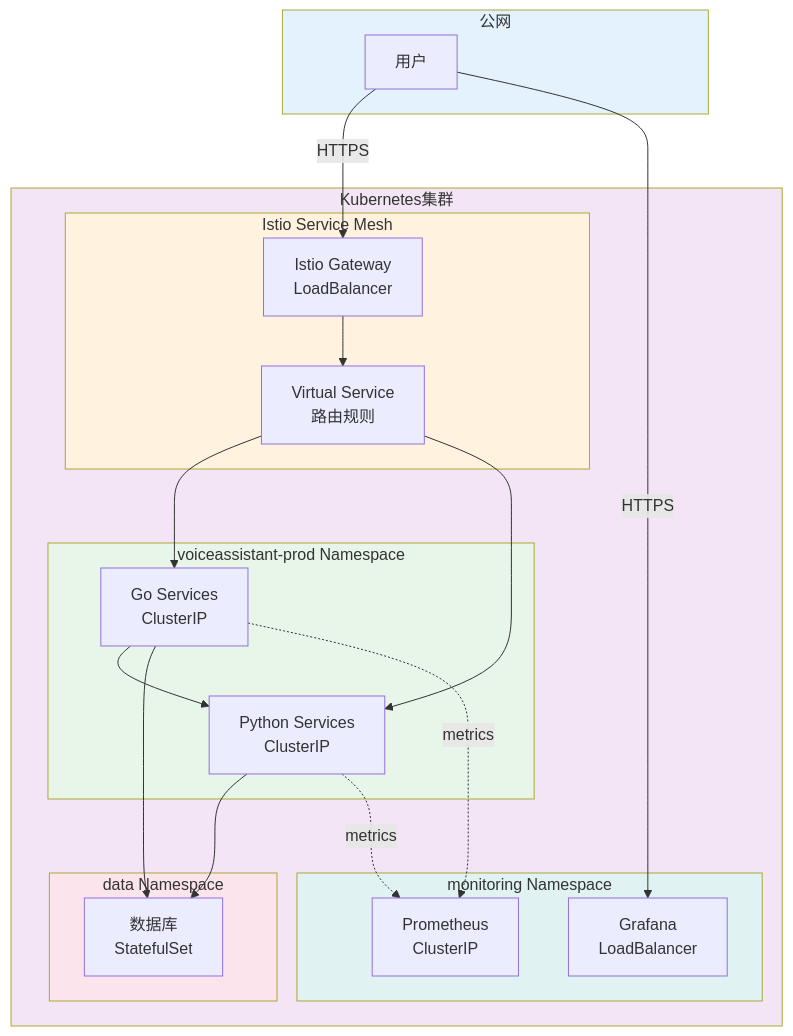
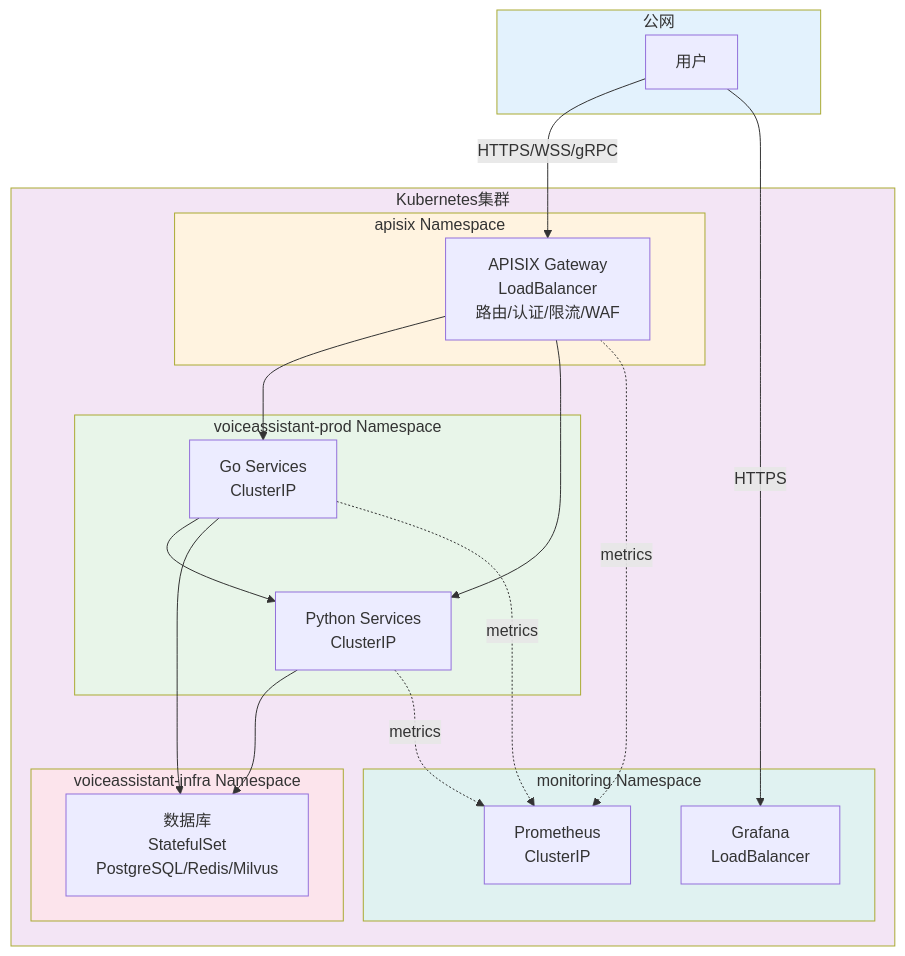
Before and after one commit to haoyunlt/VoiceAssistant: the fifth of 5 diagrams in docs/VoiceAssistant-00-总览.md, drawn with Mermaid. The commit also changed other lines of this file and 161 other files, not shown here.

````diff
--- a/docs/VoiceAssistant-00-总览.md
+++ b/docs/VoiceAssistant-00-总览.md
@@ -992,45 +1062,44 @@
 ```mermaid
 flowchart TB
     subgraph Internet["公网"]
         Users["用户"]
     end
 
     subgraph K8s["Kubernetes集群"]
-        subgraph Istio["Istio Service Mesh"]
-            Gateway["Istio Gateway<br/>LoadBalancer"]
-            VirtualService["Virtual Service<br/>路由规则"]
+        subgraph APISIX_NS["apisix Namespace"]
+            Gateway["APISIX Gateway<br/>LoadBalancer<br/>路由/认证/限流/WAF"]
         end
 
         subgraph AppNS["voiceassistant-prod Namespace"]
             GoSvc["Go Services<br/>ClusterIP"]
             PySvc["Python Services<br/>ClusterIP"]
         end
 
-        subgraph DataNS["data Namespace"]
-            DB["数据库<br/>StatefulSet"]
+        subgraph InfraNS["voiceassistant-infra Namespace"]
+            DB["数据库<br/>StatefulSet<br/>PostgreSQL/Redis/Milvus"]
         end
 
         subgraph MonNS["monitoring Namespace"]
             Prom["Prometheus<br/>ClusterIP"]
             Graf["Grafana<br/>LoadBalancer"]
         end
     end
 
-    Users -->|HTTPS| Gateway
-    Gateway --> VirtualService
-    VirtualService --> GoSvc
-    VirtualService --> PySvc
+    Users -->|HTTPS/WSS/gRPC| Gateway
+    Gateway --> GoSvc
+    Gateway --> PySvc
     GoSvc --> PySvc
     GoSvc --> DB
     PySvc --> DB
     GoSvc -.->|metrics| Prom
     PySvc -.->|metrics| Prom
+    Gateway -.->|metrics| Prom
     Users -->|HTTPS| Graf
 
     style Internet fill:#e3f2fd
     style K8s fill:#f3e5f5
-    style Istio fill:#fff3e0
+    style APISIX_NS fill:#fff3e0
     style AppNS fill:#e8f5e9
-    style DataNS fill:#fce4ec
+    style InfraNS fill:#fce4ec
     style MonNS fill:#e0f2f1
 ```
````
